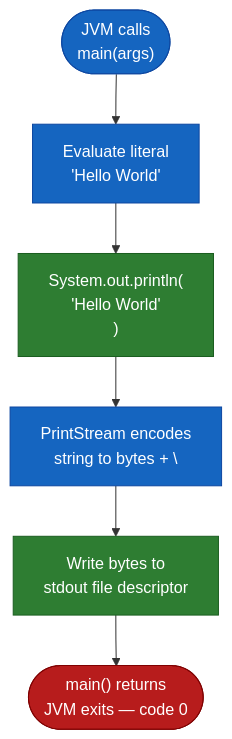
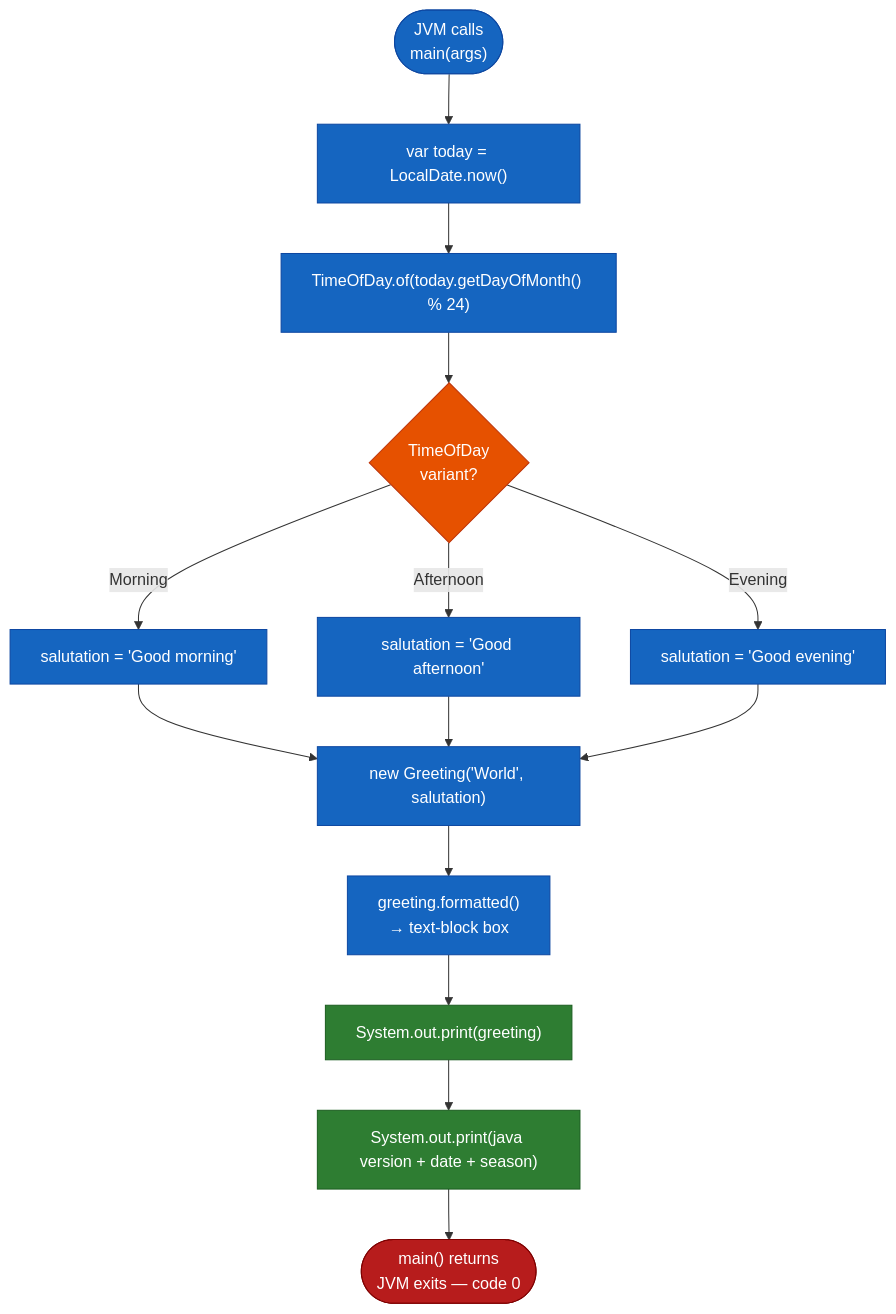
Before and after one commit to ktruchcz/copilot-test-ktruchcz: the fifth of 15 diagrams in arc42-documentation.md, drawn with Mermaid. The commit also changed other lines of this file and 1 other file, not shown here.

First line of the commit message:
Apply cookbooks mapping: update Java version docs and Mermaid architecture diagrams

````diff
--- a/arc42-documentation.md
+++ b/arc42-documentation.md
@@ -254,15 +294,29 @@
 ```mermaid
 flowchart TD
     classDef step fill:#1565C0,stroke:#0D47A1,color:#fff
     classDef io fill:#2E7D32,stroke:#1B5E20,color:#fff
     classDef end_ fill:#B71C1C,stroke:#7F0000,color:#fff
+    classDef decision fill:#E65100,stroke:#BF360C,color:#fff
 
     A(["JVM calls\nmain(args)"]):::step
-    B["Evaluate literal\n'Hello World'"]:::step
-    C["System.out.println(\n  'Hello World'\n)"]:::io
-    D["PrintStream encodes\nstring to bytes + \\n"]:::step
-    E["Write bytes to\nstdout file descriptor"]:::io
-    F(["main() returns\nJVM exits — code 0"]):::end_
+    B["var today = LocalDate.now()"]:::step
+    C["TimeOfDay.of(today.getDayOfMonth() % 24)"]:::step
+    D{TimeOfDay\nvariant?}:::decision
+    E["salutation = 'Good morning'"]:::step
+    F["salutation = 'Good afternoon'"]:::step
+    G["salutation = 'Good evening'"]:::step
+    H["new Greeting('World', salutation)"]:::step
+    I["greeting.formatted()\n→ text-block box"]:::step
+    J["System.out.print(greeting)"]:::io
+    K["System.out.print(java version + date + season)"]:::io
+    L(["main() returns\nJVM exits — code 0"]):::end_
 
-    A --> B --> C --> D --> E --> F
+    A --> B --> C --> D
+    D -->|Morning| E
+    D -->|Afternoon| F
+    D -->|Evening| G
+    E --> H
+    F --> H
+    G --> H
+    H --> I --> J --> K --> L
 ```
````
